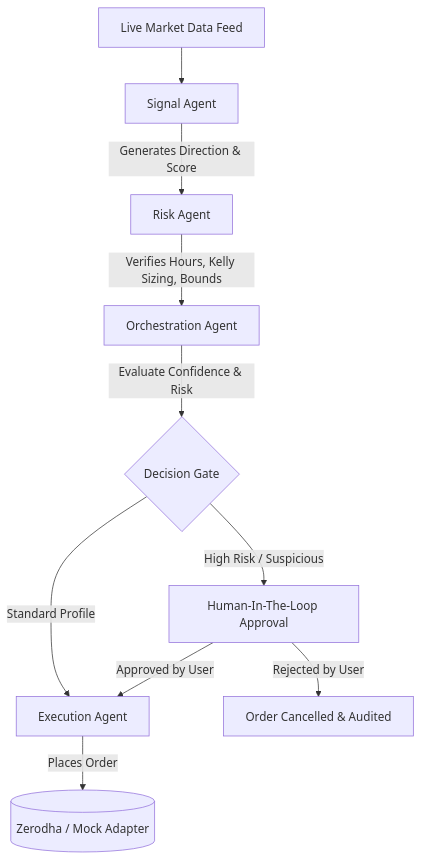
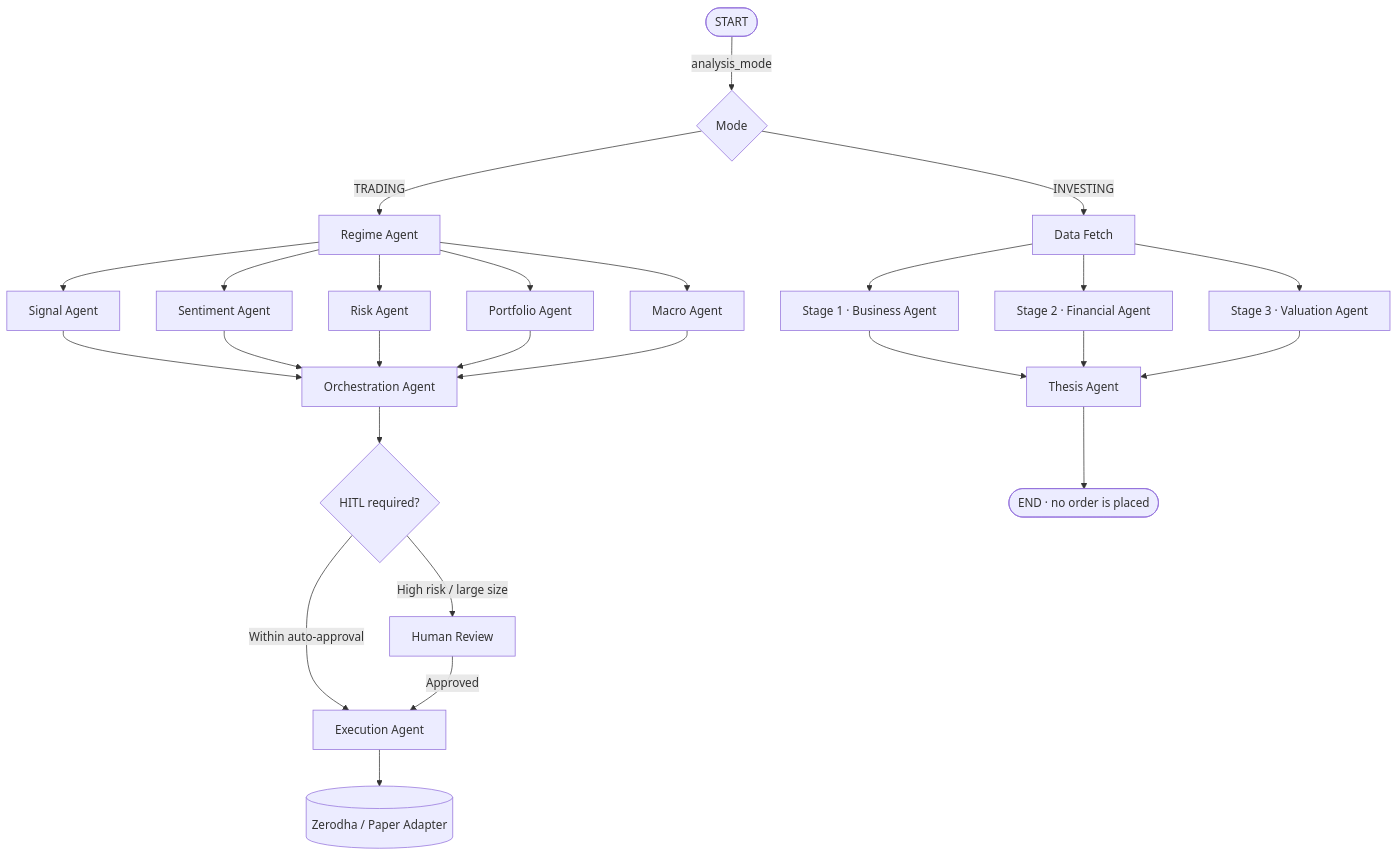
Before and after one commit to bairoy/FutureEdge: the diagram in README.md, drawn with Mermaid. The commit also changed other lines of this file and 3 other files, not shown here.

First line of the commit message:
Document Investing Mode, and correct the README

````diff
--- a/README.md
+++ b/README.md
@@ -33,12 +48,30 @@
 ```mermaid
 graph TD
-    Market[Live Market Data Feed] --> SignalAgent[Signal Agent]
-    SignalAgent -->|Generates Direction & Score| RiskAgent[Risk Agent]
-    RiskAgent -->|Verifies Hours, Kelly Sizing, Bounds| Orchestrator[Orchestration Agent]
-    Orchestrator -->|Evaluate Confidence & Risk| DecisionRoute{Decision Gate}
-    DecisionRoute -->|High Risk / Suspicious| HITL[Human-In-The-Loop Approval]
-    DecisionRoute -->|Standard Profile| ExecutionAgent[Execution Agent]
-    HITL -->|Approved by User| ExecutionAgent
-    HITL -->|Rejected by User| Cancel[Order Cancelled & Audited]
-    ExecutionAgent -->|Places Order| Broker[(Zerodha / Mock Adapter)]
+    Start([START]) -->|analysis_mode| Route{Mode}
+
+    Route -->|TRADING| Regime[Regime Agent]
+    Regime --> Signal[Signal Agent]
+    Regime --> Sentiment[Sentiment Agent]
+    Regime --> Risk[Risk Agent]
+    Regime --> Portfolio[Portfolio Agent]
+    Regime --> Macro[Macro Agent]
+    Signal --> Orch[Orchestration Agent]
+    Sentiment --> Orch
+    Risk --> Orch
+    Portfolio --> Orch
+    Macro --> Orch
+    Orch --> Gate{HITL required?}
+    Gate -->|High risk / large size| HITL[Human Review]
+    Gate -->|Within auto-approval| Exec[Execution Agent]
+    HITL -->|Approved| Exec
+    Exec --> Broker[(Zerodha / Paper Adapter)]
+
+    Route -->|INVESTING| Fetch[Data Fetch]
+    Fetch --> Business[Stage 1 · Business Agent]
+    Fetch --> Financial[Stage 2 · Financial Agent]
+    Fetch --> Valuation[Stage 3 · Valuation Agent]
+    Business --> Thesis[Thesis Agent]
+    Financial --> Thesis
+    Valuation --> Thesis
+    Thesis --> Done([END · no order is placed])
 ```
````
